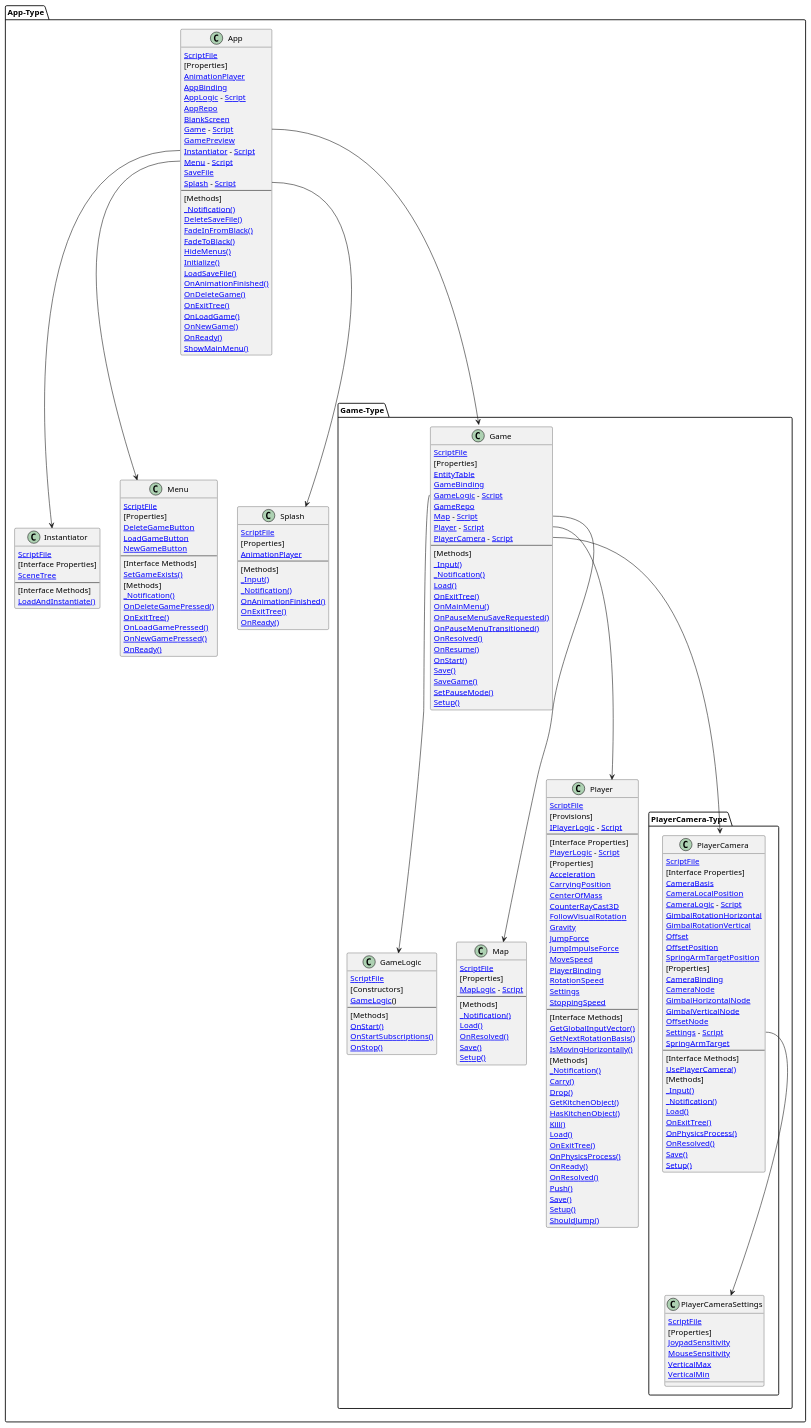
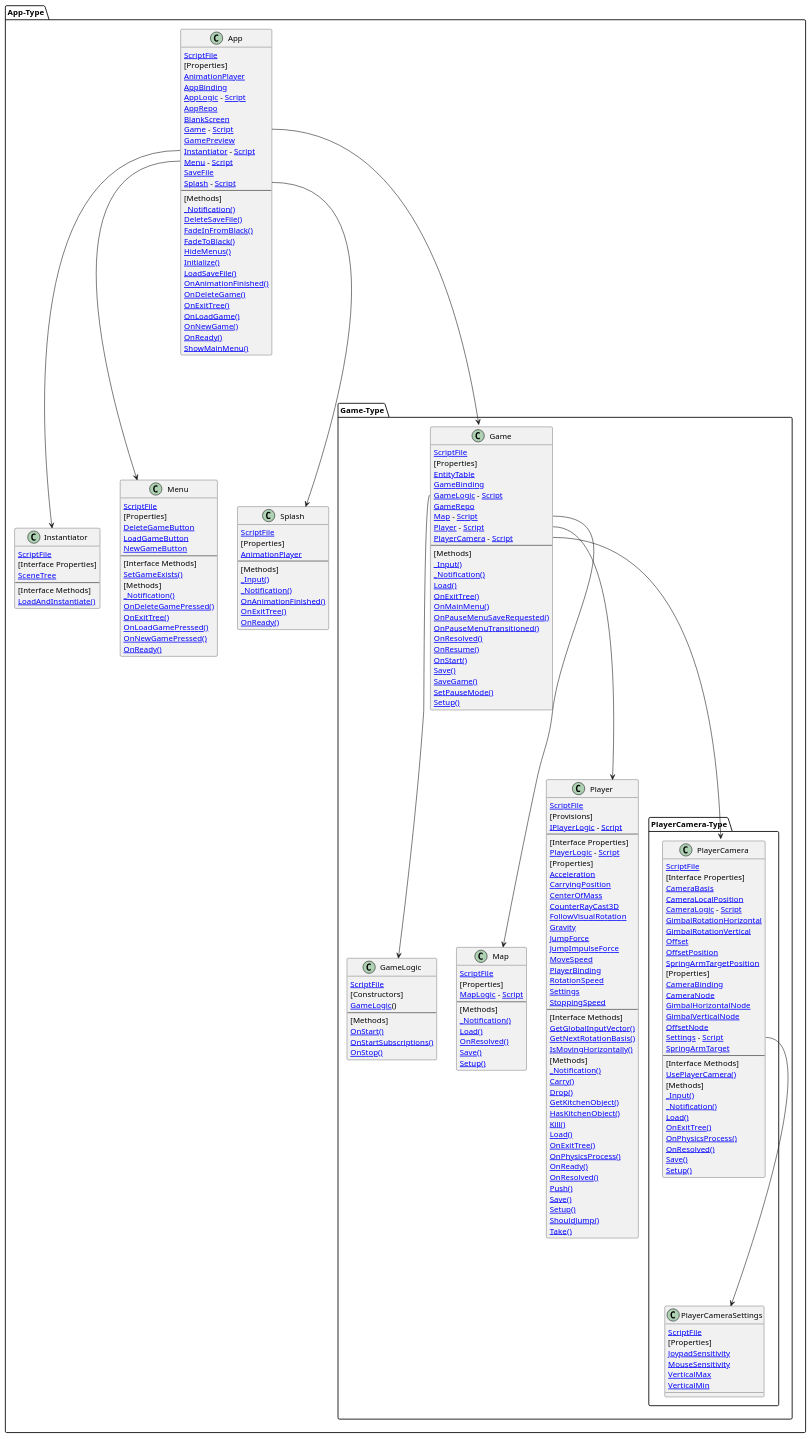
Before and after one commit to MaymeJetsoft/KitchenChaos: the diagram in src/app/App.g.puml, drawn with PlantUML. The commit also changed 35 other files, not shown here.

```diff
--- a/src/app/App.g.puml
+++ b/src/app/App.g.puml
@@ -85,45 +85,46 @@
         class Player  {
             [[vscode://file/C:/Users/maxim/Documents/Godot/KitchenChaos/src/player/Player.cs ScriptFile]]
             [Provisions]
-            [[vscode://file/C:/Users/maxim/Documents/Godot/KitchenChaos/src/player/Player.cs:110 IPlayerLogic]] - [[vscode://file/C:/Users/maxim/Documents/Godot/KitchenChaos/src/player/PlayerLogic.Settings.cs Script]]
+            [[vscode://file/C:/Users/maxim/Documents/Godot/KitchenChaos/src/player/Player.cs:111 IPlayerLogic]] - [[vscode://file/C:/Users/maxim/Documents/Godot/KitchenChaos/src/player/PlayerLogic.Settings.cs Script]]
             --
             [Interface Properties]
-            [[vscode://file/C:/Users/maxim/Documents/Godot/KitchenChaos/src/player/Player.cs:161 PlayerLogic]] - [[vscode://file/C:/Users/maxim/Documents/Godot/KitchenChaos/src/player/PlayerLogic.Settings.cs Script]]
+            [[vscode://file/C:/Users/maxim/Documents/Godot/KitchenChaos/src/player/Player.cs:162 PlayerLogic]] - [[vscode://file/C:/Users/maxim/Documents/Godot/KitchenChaos/src/player/PlayerLogic.Settings.cs Script]]
             [Properties]
-            [[vscode://file/C:/Users/maxim/Documents/Godot/KitchenChaos/src/player/Player.cs:143 Acceleration]]
+            [[vscode://file/C:/Users/maxim/Documents/Godot/KitchenChaos/src/player/Player.cs:144 Acceleration]]
             [[vscode://file/C:/Users/maxim/Documents/Godot/KitchenChaos/src/player/Player.cs:66 CarryingPosition]]
-            [[vscode://file/C:/Users/maxim/Documents/Godot/KitchenChaos/src/player/Player.cs:327 CenterOfMass]]
+            [[vscode://file/C:/Users/maxim/Documents/Godot/KitchenChaos/src/player/Player.cs:328 CenterOfMass]]
             [[vscode://file/C:/Users/maxim/Documents/Godot/KitchenChaos/src/player/Player.cs:57 CounterRayCast3D]]
             [[vscode://file/C:/Users/maxim/Documents/Godot/KitchenChaos/src/player/Player.cs:54 FollowVisualRotation]]
-            [[vscode://file/C:/Users/maxim/Documents/Godot/KitchenChaos/src/player/Player.cs:135 Gravity]]
-            [[vscode://file/C:/Users/maxim/Documents/Godot/KitchenChaos/src/player/Player.cs:154 JumpForce]]
-            [[vscode://file/C:/Users/maxim/Documents/Godot/KitchenChaos/src/player/Player.cs:147 JumpImpulseForce]]
-            [[vscode://file/C:/Users/maxim/Documents/Godot/KitchenChaos/src/player/Player.cs:139 MoveSpeed]]
-            [[vscode://file/C:/Users/maxim/Documents/Godot/KitchenChaos/src/player/Player.cs:164 PlayerBinding]]
-            [[vscode://file/C:/Users/maxim/Documents/Godot/KitchenChaos/src/player/Player.cs:127 RotationSpeed]]
-            [[vscode://file/C:/Users/maxim/Documents/Godot/KitchenChaos/src/player/Player.cs:162 Settings]]
-            [[vscode://file/C:/Users/maxim/Documents/Godot/KitchenChaos/src/player/Player.cs:131 StoppingSpeed]]
+            [[vscode://file/C:/Users/maxim/Documents/Godot/KitchenChaos/src/player/Player.cs:136 Gravity]]
+            [[vscode://file/C:/Users/maxim/Documents/Godot/KitchenChaos/src/player/Player.cs:155 JumpForce]]
+            [[vscode://file/C:/Users/maxim/Documents/Godot/KitchenChaos/src/player/Player.cs:148 JumpImpulseForce]]
+            [[vscode://file/C:/Users/maxim/Documents/Godot/KitchenChaos/src/player/Player.cs:140 MoveSpeed]]
+            [[vscode://file/C:/Users/maxim/Documents/Godot/KitchenChaos/src/player/Player.cs:165 PlayerBinding]]
+            [[vscode://file/C:/Users/maxim/Documents/Godot/KitchenChaos/src/player/Player.cs:128 RotationSpeed]]
+            [[vscode://file/C:/Users/maxim/Documents/Godot/KitchenChaos/src/player/Player.cs:163 Settings]]
+            [[vscode://file/C:/Users/maxim/Documents/Godot/KitchenChaos/src/player/Player.cs:132 StoppingSpeed]]
             --
             [Interface Methods]
-            [[vscode://file/C:/Users/maxim/Documents/Godot/KitchenChaos/src/player/Player.cs:275 GetGlobalInputVector()]]
-            [[vscode://file/C:/Users/maxim/Documents/Godot/KitchenChaos/src/player/Player.cs:291 GetNextRotationBasis()]]
-            [[vscode://file/C:/Users/maxim/Documents/Godot/KitchenChaos/src/player/Player.cs:312 IsMovingHorizontally()]]
+            [[vscode://file/C:/Users/maxim/Documents/Godot/KitchenChaos/src/player/Player.cs:276 GetGlobalInputVector()]]
+            [[vscode://file/C:/Users/maxim/Documents/Godot/KitchenChaos/src/player/Player.cs:292 GetNextRotationBasis()]]
+            [[vscode://file/C:/Users/maxim/Documents/Godot/KitchenChaos/src/player/Player.cs:313 IsMovingHorizontally()]]
             [Methods]
             [[vscode://file/C:/Users/maxim/Documents/Godot/KitchenChaos/src/player/Player.cs:50 _Notification()]]
             [[vscode://file/C:/Users/maxim/Documents/Godot/KitchenChaos/src/player/Player.cs:73 Carry()]]
-            [[vscode://file/C:/Users/maxim/Documents/Godot/KitchenChaos/src/player/Player.cs:80 Drop()]]
-            [[vscode://file/C:/Users/maxim/Documents/Godot/KitchenChaos/src/player/Player.cs:82 GetKitchenObject()]]
-            [[vscode://file/C:/Users/maxim/Documents/Godot/KitchenChaos/src/player/Player.cs:81 HasKitchenObject()]]
-            [[vscode://file/C:/Users/maxim/Documents/Godot/KitchenChaos/src/player/Player.cs:333 Kill()]]
-            [[vscode://file/C:/Users/maxim/Documents/Godot/KitchenChaos/src/player/Player.cs:98 Load()]]
-            [[vscode://file/C:/Users/maxim/Documents/Godot/KitchenChaos/src/player/Player.cs:193 OnExitTree()]]
-            [[vscode://file/C:/Users/maxim/Documents/Godot/KitchenChaos/src/player/Player.cs:234 OnPhysicsProcess()]]
-            [[vscode://file/C:/Users/maxim/Documents/Godot/KitchenChaos/src/player/Player.cs:191 OnReady()]]
-            [[vscode://file/C:/Users/maxim/Documents/Godot/KitchenChaos/src/player/Player.cs:200 OnResolved()]]
-            [[vscode://file/C:/Users/maxim/Documents/Godot/KitchenChaos/src/player/Player.cs:320 Push()]]
-            [[vscode://file/C:/Users/maxim/Documents/Godot/KitchenChaos/src/player/Player.cs:91 Save()]]
-            [[vscode://file/C:/Users/maxim/Documents/Godot/KitchenChaos/src/player/Player.cs:168 Setup()]]
-            [[vscode://file/C:/Users/maxim/Documents/Godot/KitchenChaos/src/player/Player.cs:270 ShouldJump()]]
+            [[vscode://file/C:/Users/maxim/Documents/Godot/KitchenChaos/src/player/Player.cs:81 Drop()]]
+            [[vscode://file/C:/Users/maxim/Documents/Godot/KitchenChaos/src/player/Player.cs:83 GetKitchenObject()]]
+            [[vscode://file/C:/Users/maxim/Documents/Godot/KitchenChaos/src/player/Player.cs:82 HasKitchenObject()]]
+            [[vscode://file/C:/Users/maxim/Documents/Godot/KitchenChaos/src/player/Player.cs:334 Kill()]]
+            [[vscode://file/C:/Users/maxim/Documents/Godot/KitchenChaos/src/player/Player.cs:99 Load()]]
+            [[vscode://file/C:/Users/maxim/Documents/Godot/KitchenChaos/src/player/Player.cs:194 OnExitTree()]]
+            [[vscode://file/C:/Users/maxim/Documents/Godot/KitchenChaos/src/player/Player.cs:235 OnPhysicsProcess()]]
+            [[vscode://file/C:/Users/maxim/Documents/Godot/KitchenChaos/src/player/Player.cs:192 OnReady()]]
+            [[vscode://file/C:/Users/maxim/Documents/Godot/KitchenChaos/src/player/Player.cs:201 OnResolved()]]
+            [[vscode://file/C:/Users/maxim/Documents/Godot/KitchenChaos/src/player/Player.cs:321 Push()]]
+            [[vscode://file/C:/Users/maxim/Documents/Godot/KitchenChaos/src/player/Player.cs:92 Save()]]
+            [[vscode://file/C:/Users/maxim/Documents/Godot/KitchenChaos/src/player/Player.cs:169 Setup()]]
+            [[vscode://file/C:/Users/maxim/Documents/Godot/KitchenChaos/src/player/Player.cs:271 ShouldJump()]]
+            [[vscode://file/C:/Users/maxim/Documents/Godot/KitchenChaos/src/player/Player.cs:80 Take()]]
         }
         package PlayerCamera-Type [[vscode://file/C:/Users/maxim/Documents/Godot/KitchenChaos/src/player_camera/PlayerCamera.cs]] {
             class PlayerCamera  {
```
